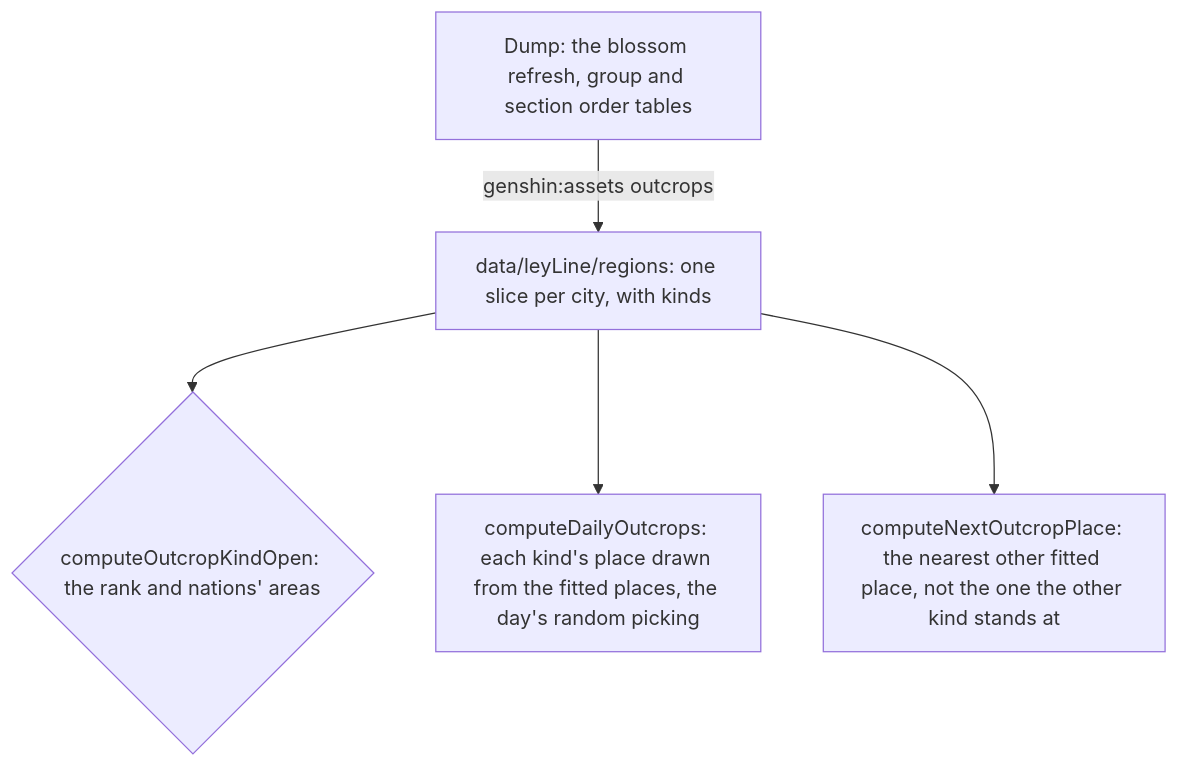
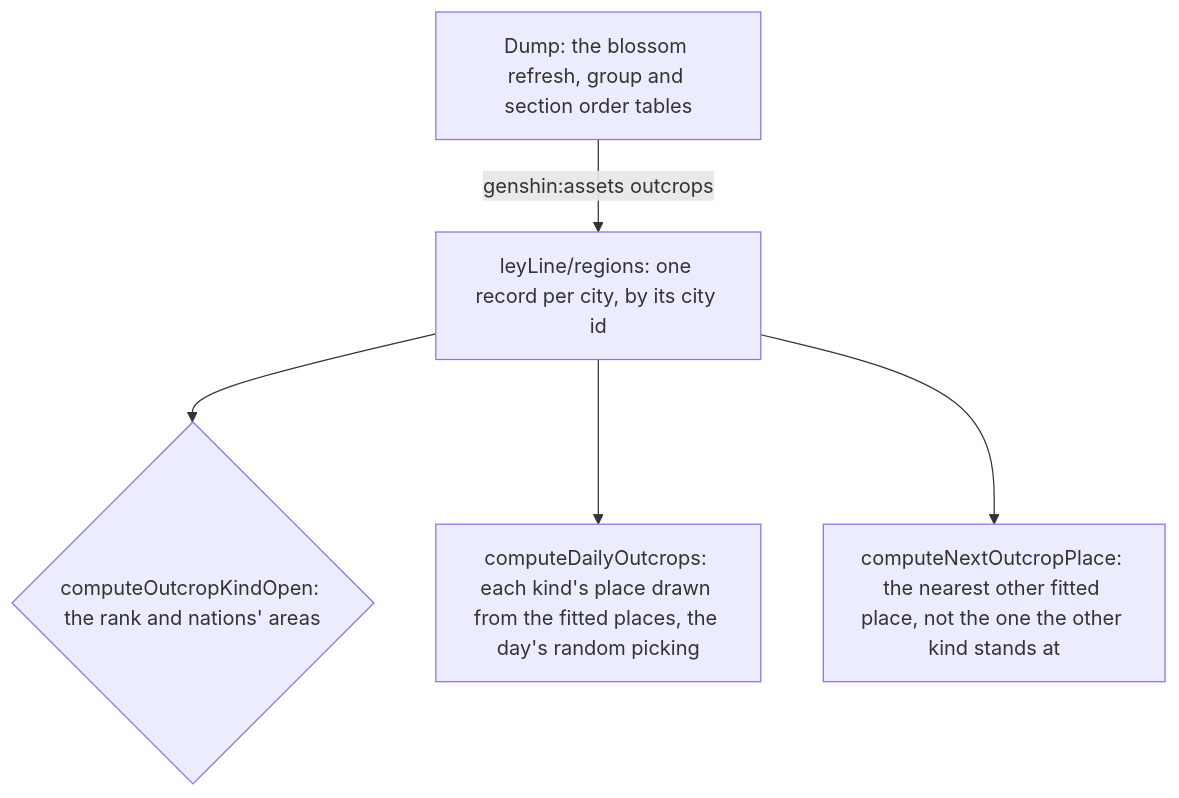
One commit to Esposter/Esposter changed the diagram in openspec/specs/genshin/ley-line-outcrops/design.md. Above: the diagram before and after it, drawn with Mermaid. The commit also changed other lines of this file and 7 other files, not shown here.

First line of the commit message:
docs(openspec): the ley-line outcrops are hosted, the mining respawn is the 04:00 reset, and ley-line 3.1 is ticked

````diff
--- a/openspec/specs/genshin/ley-line-outcrops/design.md
+++ b/openspec/specs/genshin/ley-line-outcrops/design.md
@@ -7,7 +7,7 @@
 ```mermaid
 flowchart TD
-  D["Dump: the blossom refresh, group and section order tables"] -->|"genshin:assets outcrops"| R["data/leyLine/regions: one slice per city, with kinds"]
+  D["Dump: the blossom refresh, group and section order tables"] -->|"genshin:assets outcrops"| R["leyLine/regions: one record per city, by its city id"]
   R --> O{"computeOutcropKindOpen: the rank and nations' areas"}
   R --> S["computeDailyOutcrops: each kind's place drawn from the fitted places, the day's random picking"]
   R --> N["computeNextOutcropPlace: the nearest other fitted place, not the one the other kind stands at"]
 ```
````
